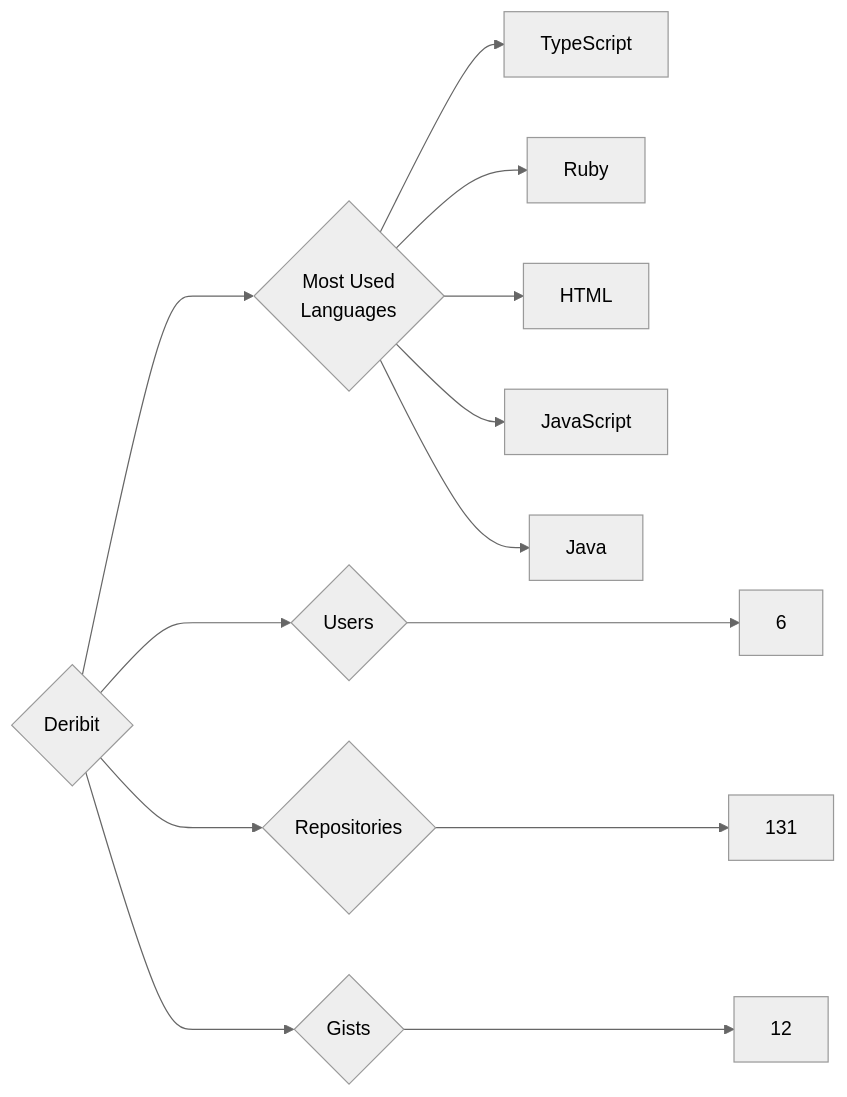
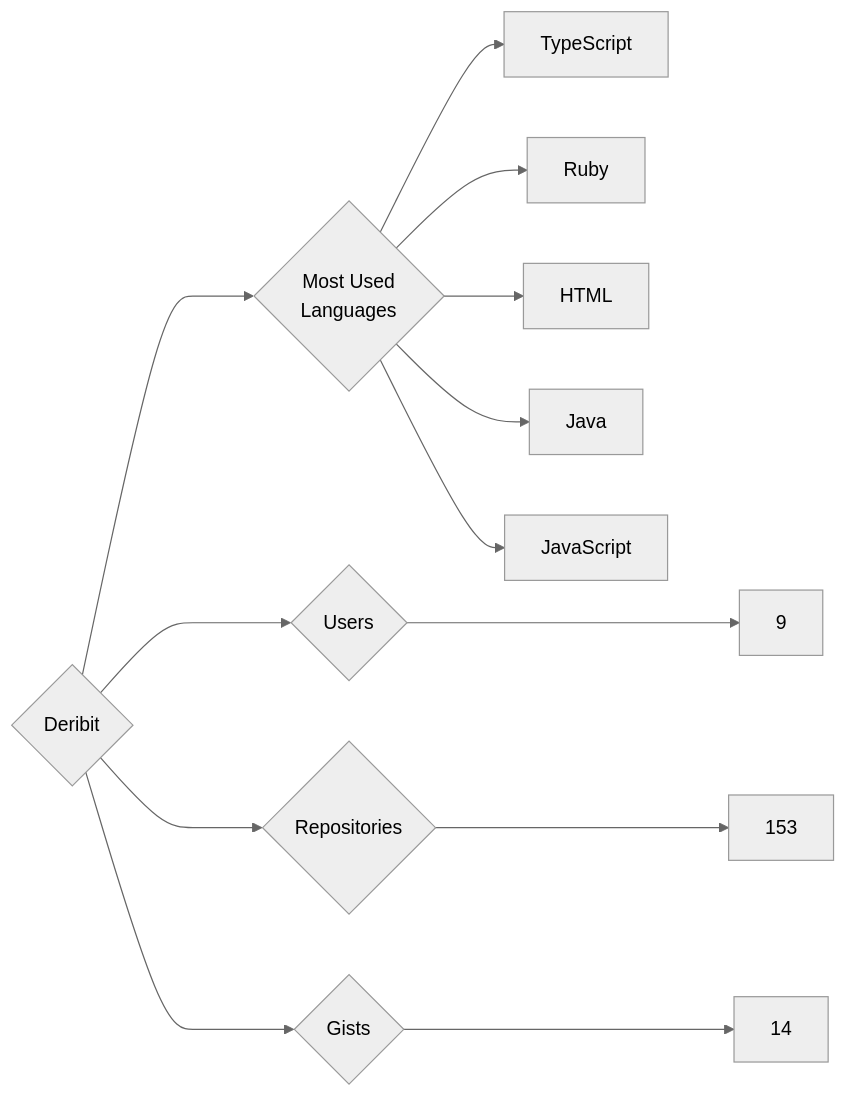
Before and after one commit to trickest/insiders: the diagram in targets/Deribit/README.md, drawn with Mermaid (neutral theme). The commit also changed 724 other files, not shown here.

````diff
--- a/targets/Deribit/README.md
+++ b/targets/Deribit/README.md
@@ -3,13 +3,13 @@
 ```mermaid
 graph LR
 COMPANY_NAME{Deribit}
-COMPANY_NAME ---> U{Users} ---> UN[6]
-COMPANY_NAME ---> R{Repositories} ---> RN[131]
-COMPANY_NAME ---> G{Gists} ---> GN[12]
+COMPANY_NAME ---> U{Users} ---> UN[9]
+COMPANY_NAME ---> R{Repositories} ---> RN[153]
+COMPANY_NAME ---> G{Gists} ---> GN[14]
 COMPANY_NAME ---> ML{Most Used<br>Languages}
 ML --> TypeScript[TypeScript]
 ML --> Ruby[Ruby]
 ML --> HTML[HTML]
+ML --> Java[Java]
 ML --> JavaScript[JavaScript]
-ML --> Java[Java]
 ```
````
